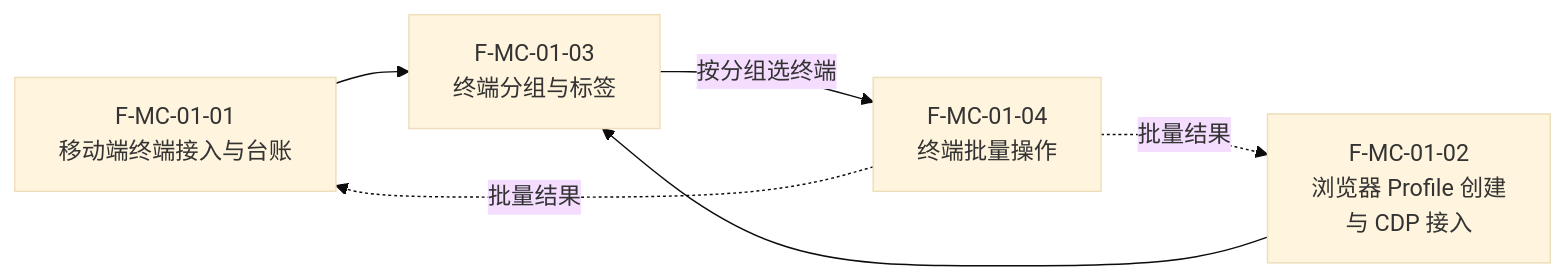
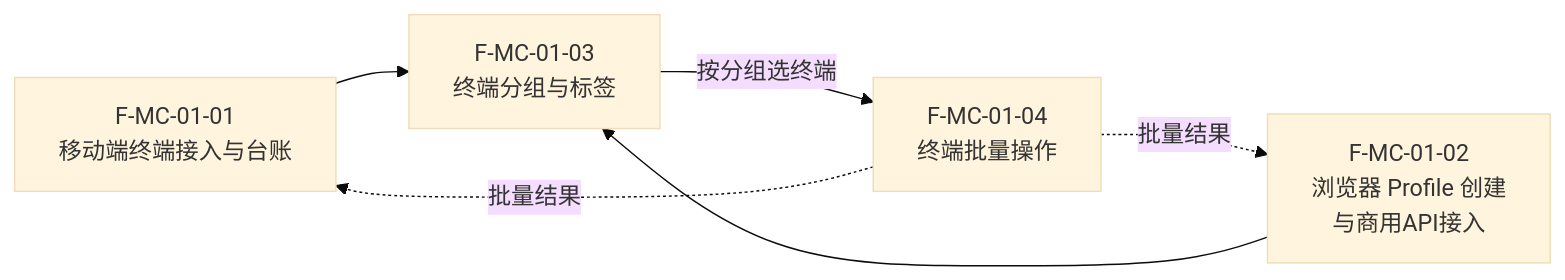
One commit to Sj-g/obsidian changed diagram 11 of 47 in 公司项目/认知作战/文档/软件概要设计-架构图.md. Above: the diagram before and after it, drawn with Mermaid (base theme). The commit also changed other lines of this file and 3 other files, not shown here.

````diff
--- a/公司项目/认知作战/文档/软件概要设计-架构图.md
+++ b/公司项目/认知作战/文档/软件概要设计-架构图.md
@@ -316,12 +316,12 @@
 ```mermaid
 flowchart LR
     F0101["F-MC-01-01<br/>移动端终端接入与台账"]
-    F0102["F-MC-01-02<br/>浏览器 Profile 创建<br/>与 CDP 接入"]
+    F0102["F-MC-01-02<br/>浏览器 Profile 创建<br/>与商用API接入"]
     F0103["F-MC-01-03<br/>终端分组与标签"]
     F0104["F-MC-01-04<br/>终端批量操作"]
 
     F0101 --> F0103
     F0102 --> F0103
     F0103 -->|"按分组选终端"| F0104
     F0104 -.->|"批量结果"| F0101 & F0102
 ```
````
